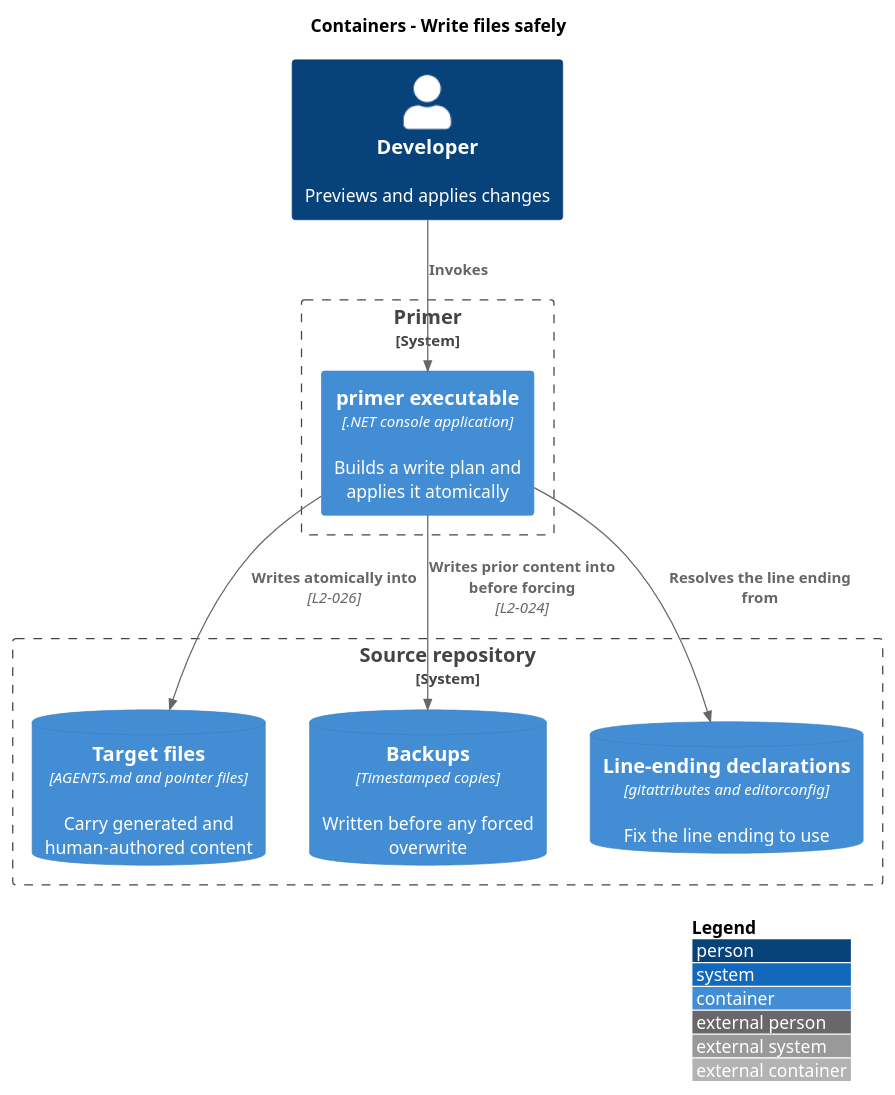
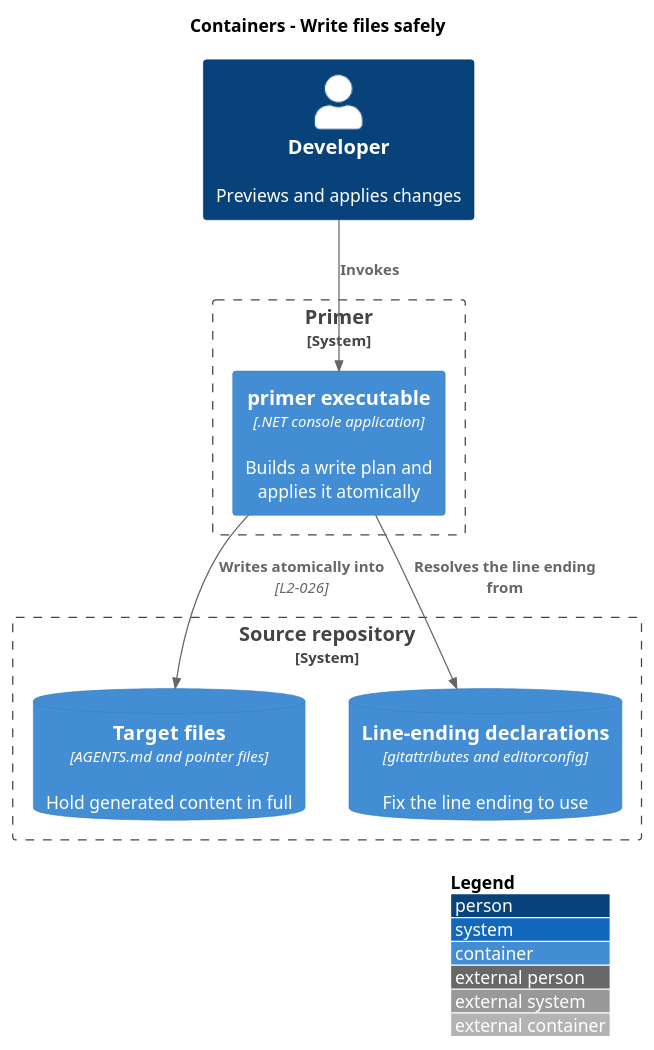
One commit to QuinntyneBrown/primer changed the diagram in docs/detailed-designs/agent-file-generation/write-files-safely/diagrams/c4-container.puml. Above: the diagram before and after it, drawn with PlantUML. The commit also changed 53 other files, not shown here.

```diff
--- a/docs/detailed-designs/agent-file-generation/write-files-safely/diagrams/c4-container.puml
+++ b/docs/detailed-designs/agent-file-generation/write-files-safely/diagrams/c4-container.puml
@@ -1,22 +1,20 @@
 @startuml
 !include <C4/C4_Container>
 LAYOUT_WITH_LEGEND()
 title Containers - Write files safely
 
 Person(dev, "Developer", "Previews and applies changes")
 
 System_Boundary(primer, "Primer") {
   Container(exe, "primer executable", ".NET console application", "Builds a write plan and applies it atomically")
 }
 
 System_Boundary(repo, "Source repository") {
-  ContainerDb(targets, "Target files", "AGENTS.md and pointer files", "Carry generated and human-authored content")
-  ContainerDb(backups, "Backups", "Timestamped copies", "Written before any forced overwrite")
+  ContainerDb(targets, "Target files", "AGENTS.md and pointer files", "Hold generated content in full")
   ContainerDb(declarations, "Line-ending declarations", "gitattributes and editorconfig", "Fix the line ending to use")
 }
 
 Rel(dev, exe, "Invokes")
 Rel(exe, declarations, "Resolves the line ending from")
 Rel(exe, targets, "Writes atomically into", "L2-026")
-Rel(exe, backups, "Writes prior content into before forcing", "L2-024")
 @enduml
```
